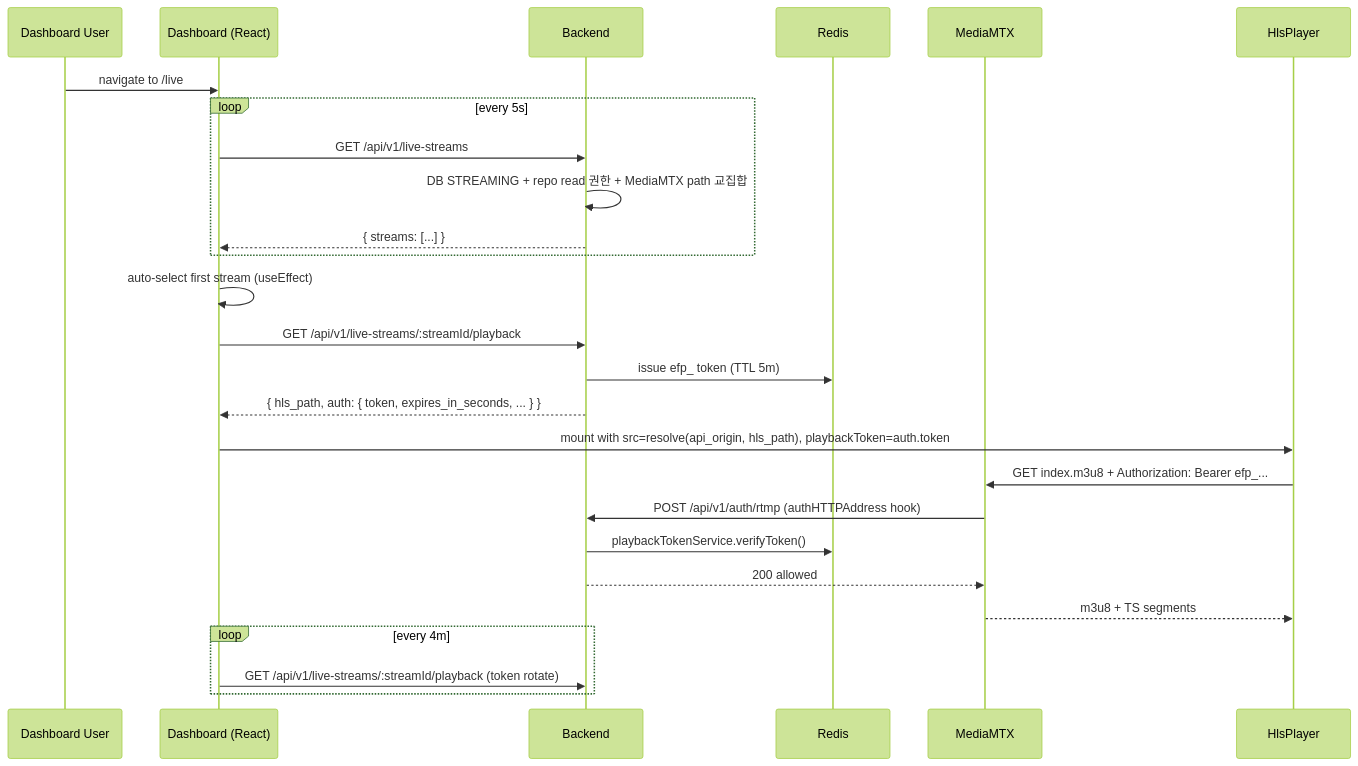
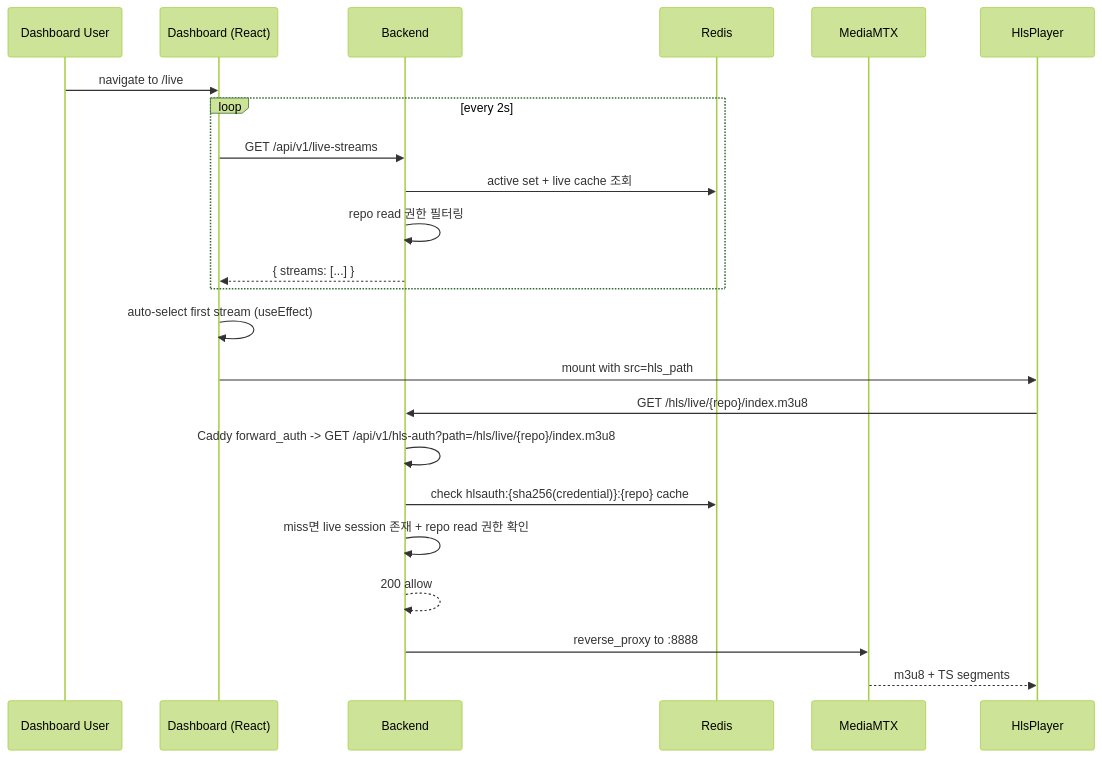
Before and after one commit to ego-flow/ego-flow-server: the fourth of 7 diagrams in docs/09. project_streaming.md, drawn with Mermaid (forest theme). The commit also changed other lines of this file and 19 other files, not shown here.

Commit message:
hls playback 구조 변경

````diff
--- a/docs/09. project_streaming.md
+++ b/docs/09. project_streaming.md
@@ -280,29 +280,26 @@
 ```mermaid
 sequenceDiagram
     participant User as Dashboard User
     participant FE as Dashboard (React)
     participant BE as Backend
     participant Redis
     participant MTX as MediaMTX
     participant HP as HlsPlayer
 
     User->>FE: navigate to /live
-    loop every 5s
+    loop every 2s
         FE->>BE: GET /api/v1/live-streams
-        BE->>BE: DB STREAMING + repo read 권한 + MediaMTX path 교집합
+        BE->>Redis: active set + live cache 조회
+        BE->>BE: repo read 권한 필터링
         BE-->>FE: { streams: [...] }
     end
     FE->>FE: auto-select first stream (useEffect)
-    FE->>BE: GET /api/v1/live-streams/:streamId/playback
-    BE->>Redis: issue efp_ token (TTL 5m)
-    BE-->>FE: { hls_path, auth: { token, expires_in_seconds, ... } }
-    FE->>HP: mount with src=resolve(api_origin, hls_path), playbackToken=auth.token
-    HP->>MTX: GET index.m3u8 + Authorization: Bearer efp_...
-    MTX->>BE: POST /api/v1/auth/rtmp (authHTTPAddress hook)
-    BE->>Redis: playbackTokenService.verifyToken()
-    BE-->>MTX: 200 allowed
+    FE->>HP: mount with src=hls_path
+    HP->>BE: GET /hls/live/{repo}/index.m3u8
+    BE->>BE: Caddy forward_auth -> GET /api/v1/hls-auth?path=/hls/live/{repo}/index.m3u8
+    BE->>Redis: check hlsauth:{sha256(credential)}:{repo} cache
+    BE->>BE: miss면 live session 존재 + repo read 권한 확인
+    BE-->>BE: 200 allow
+    BE->>MTX: reverse_proxy to :8888
     MTX-->>HP: m3u8 + TS segments
-    loop every 4m
-        FE->>BE: GET /api/v1/live-streams/:streamId/playback (token rotate)
-    end
 ```
````
